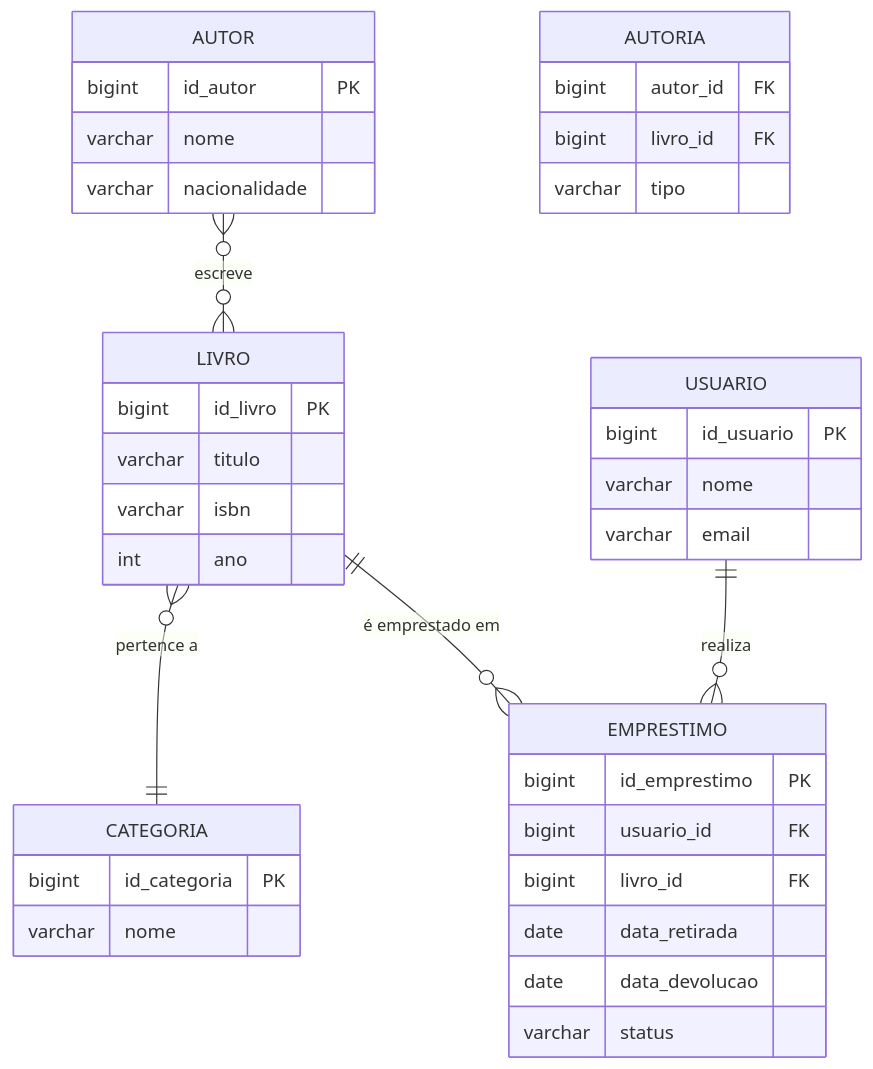
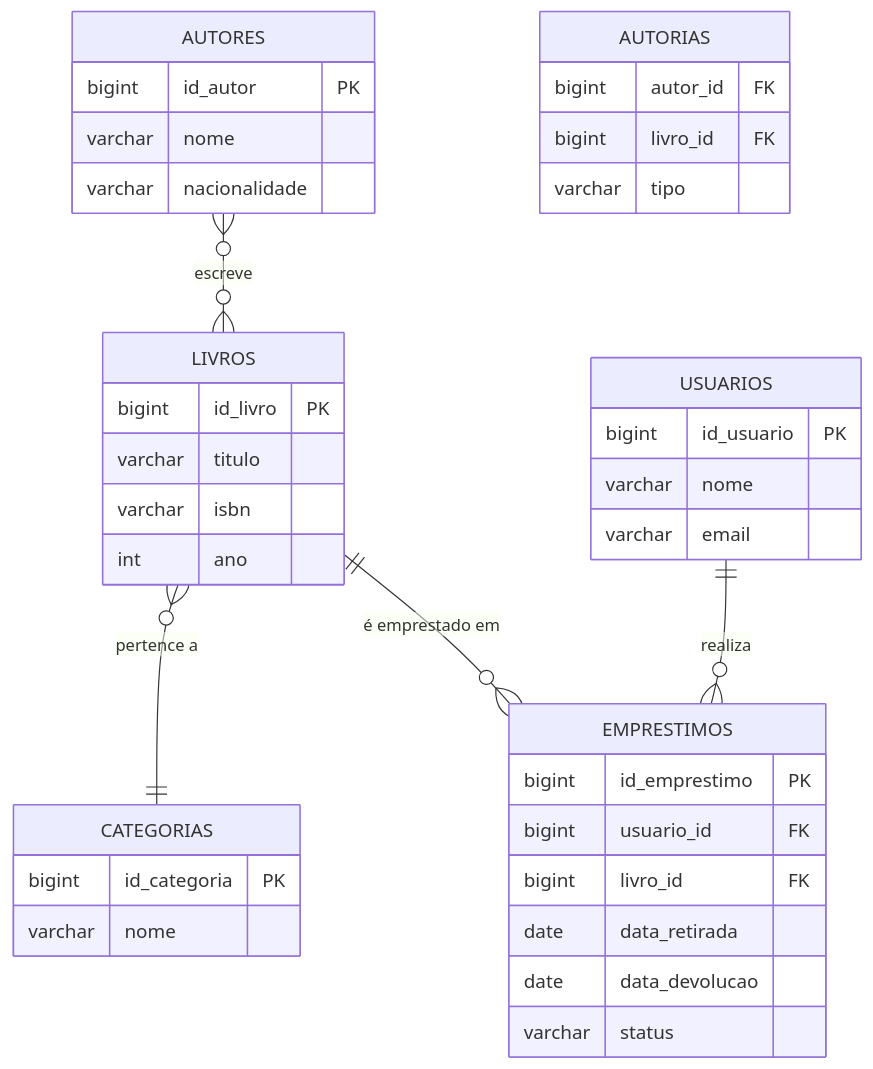
The ninth of 9 diagrams in docs/aulas/Aula_02_Normalizacao.md (DSM-Fatec-Jahu/BDR-DSM-2026-2), drawn with Mermaid before and after one commit. The commit also changed other lines of this file and 1 other file, not shown here.

````diff
--- a/docs/aulas/Aula_02_Normalizacao.md
+++ b/docs/aulas/Aula_02_Normalizacao.md
@@ -732,46 +792,46 @@
 ```mermaid
 erDiagram
-    AUTOR {
+    AUTORES {
         bigint id_autor PK
         varchar nome
         varchar nacionalidade
     }
 
-    LIVRO {
+    LIVROS {
         bigint id_livro PK
         varchar titulo
         varchar isbn
         int ano
     }
 
-    CATEGORIA {
+    CATEGORIAS {
         bigint id_categoria PK
         varchar nome
     }
 
-    USUARIO {
+    USUARIOS {
         bigint id_usuario PK
         varchar nome
         varchar email
     }
 
-    AUTORIA {
+    AUTORIAS {
         bigint autor_id FK
         bigint livro_id FK
         varchar tipo
     }
 
-    EMPRESTIMO {
+    EMPRESTIMOS {
         bigint id_emprestimo PK
         bigint usuario_id FK
         bigint livro_id FK
         date data_retirada
         date data_devolucao
         varchar status
     }
 
-    AUTOR }o--o{ LIVRO : "escreve"
-    LIVRO }o--|| CATEGORIA : "pertence a"
-    USUARIO ||--o{ EMPRESTIMO : "realiza"
-    LIVRO ||--o{ EMPRESTIMO : "é emprestado em"
+    AUTORES }o--o{ LIVROS : "escreve"
+    LIVROS }o--|| CATEGORIAS : "pertence a"
+    USUARIOS ||--o{ EMPRESTIMOS : "realiza"
+    LIVROS ||--o{ EMPRESTIMOS : "é emprestado em"
 ```
````
